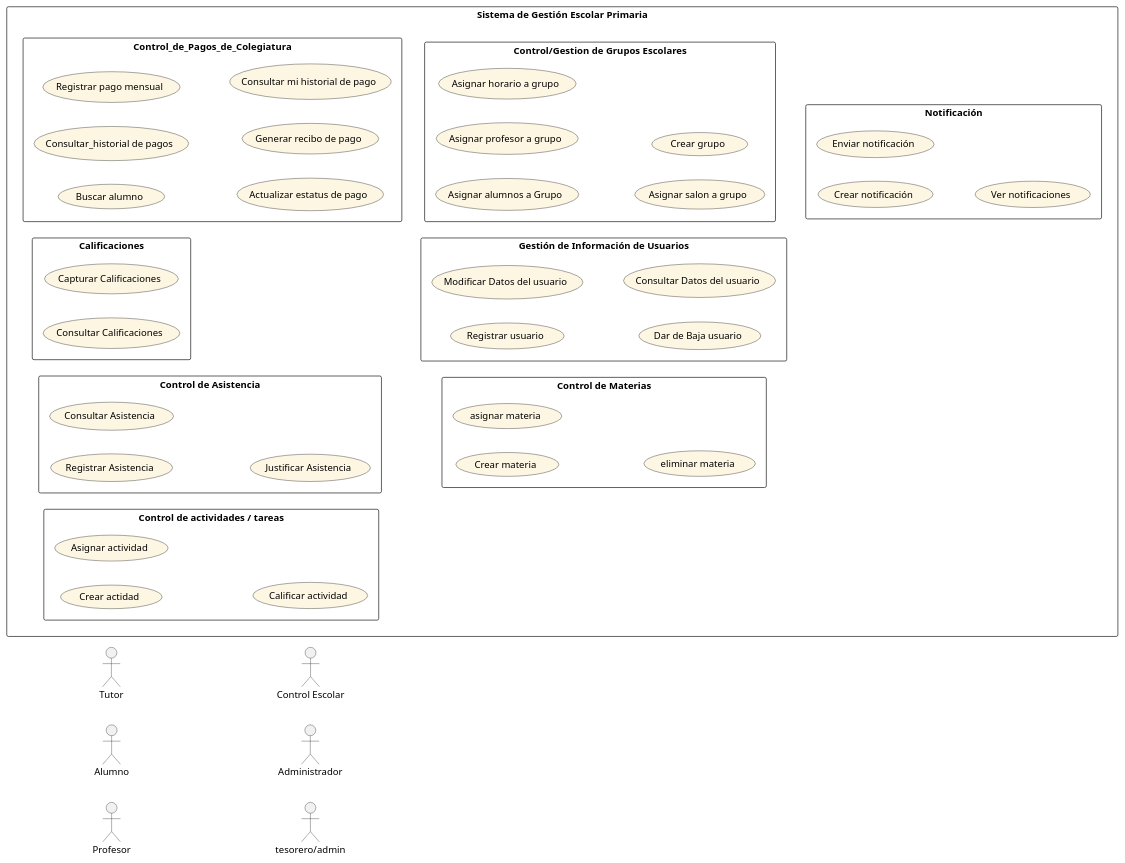
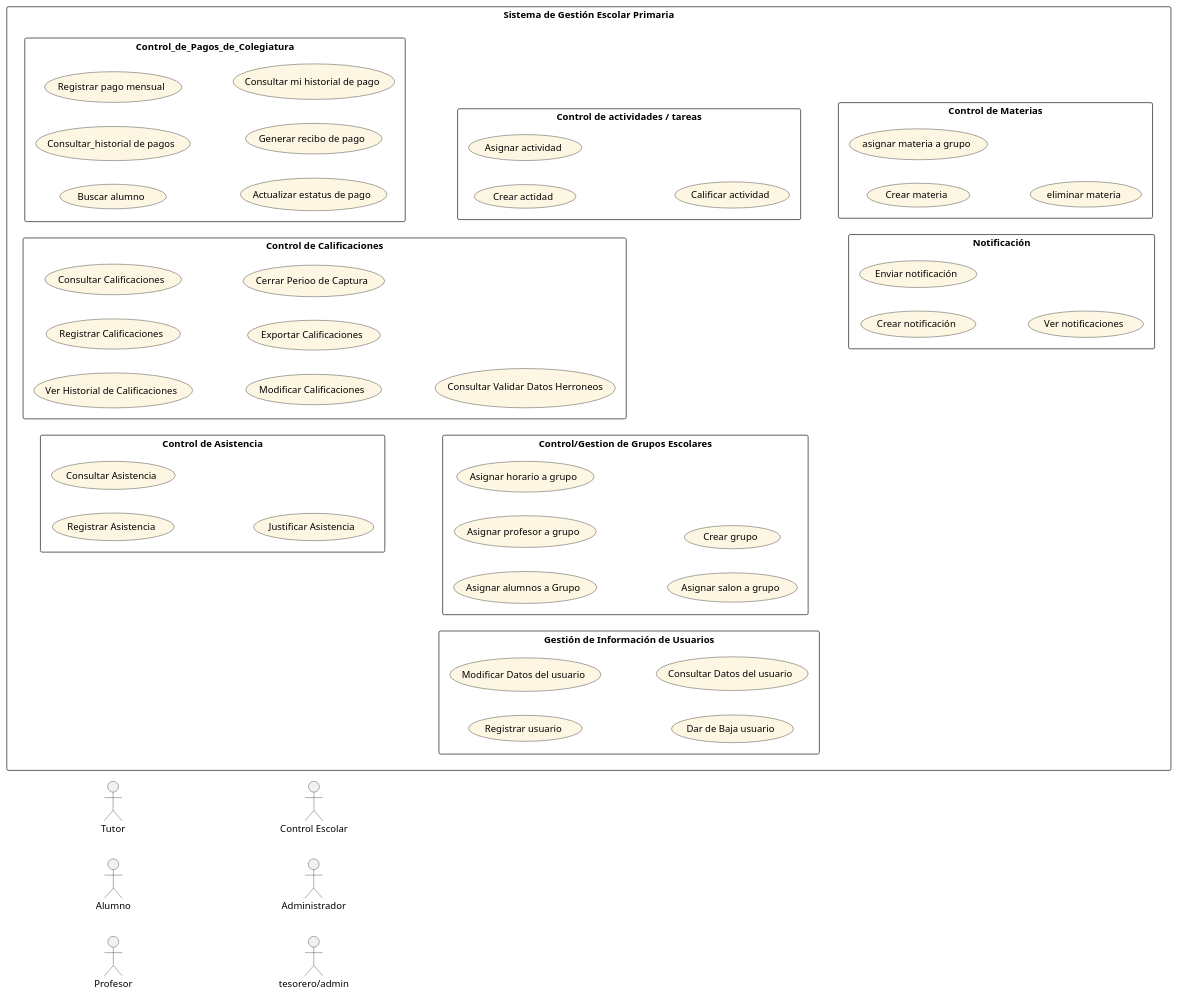
One commit to CORNIIO19/Adm-Escuela changed the diagram in CasoDeUso.puml. Above: the diagram before and after it, drawn with PlantUML. The commit also changed 2 other files, not shown here.

```diff
--- a/CasoDeUso.puml
+++ b/CasoDeUso.puml
@@ -1,80 +1,81 @@
 @startuml
 left to right direction
 skinparam packageStyle rectangle
 skinparam usecase {
   BackgroundColor #FDF6E3
   BorderColor Black
   ArrowColor Black
 }
 
 actor Tutor as T
 actor Alumno as AL
 actor Profesor as P
 actor "Control Escolar" as CE
 actor Administrador as A
 actor "tesorero/admin" as Cuentas
 
 rectangle "Sistema de Gestión Escolar Primaria" {
 
   package "Control_de_Pagos_de_Colegiatura" {
   usecase "Buscar alumno" as UC50
   usecase "Consultar_historial de pagos" as UC51
   usecase "Registrar pago mensual" as UC52
   usecase "Actualizar estatus de pago" as UC53
   usecase "Generar recibo de pago" as UC54
   usecase "Consultar mi historial de pago" as UC55
    }
 
-
-
-  
-
-  package "Calificaciones" {
-    usecase "Capturar Calificaciones" as UC10
-    usecase "Consultar Calificaciones" as UC11
+  package "Control de Calificaciones" {
+    usecase "Ver Historial de Calificaciones" as UC1000
+    usecase "Registrar Calificaciones" as UC1100
+    usecase "Consultar Calificaciones" as UC1200
+    usecase "Modificar Calificaciones" as UC1300
+    usecase "Exportar Calificaciones" as UC1400
+    usecase "Cerrar Perioo de Captura" as UC101500
+    usecase "Consultar Validar Datos Herroneos" as UC1016
   }
 
   package "Control de Asistencia" {
     usecase "Registrar Asistencia" as UC8
     usecase "Consultar Asistencia" as UC9
     usecase "Justificar Asistencia" as UC24
   }
 
   package "Control de actividades / tareas" {
     usecase "Crear actidad" as UC15
     usecase "Asignar actividad" as UC16
     usecase "Calificar actividad" as UC17
   }
 
   package "Control/Gestion de Grupos Escolares" {
    
   usecase "Asignar alumnos a Grupo" as UC101
   usecase "Asignar profesor a grupo" as UC202
   usecase "Asignar horario a grupo" as UC303
   usecase "Asignar salon a grupo"  as UC404 
   usecase "Crear grupo" as UC5
   }
 
   package "Gestión de Información de Usuarios" {
     usecase "Registrar usuario" as UC1
     usecase "Modificar Datos del usuario" as UC2
     usecase "Dar de Baja usuario" as UC3
     usecase "Consultar Datos del usuario" as UC4
   }
 
   package "Control de Materias" {
     usecase "Crear materia" as UC21
-    usecase "asignar materia" as UC22
+    usecase "asignar materia a grupo" as UC22
     usecase "eliminar materia" as UC23
   }
 
   package "Notificación" {
     usecase "Crear notificación" as UC18
     usecase "Enviar notificación" as UC19
     usecase "Ver notificaciones" as UC20
   }
 }
 
 ' Relaciones con actores
 
 @enduml
```
